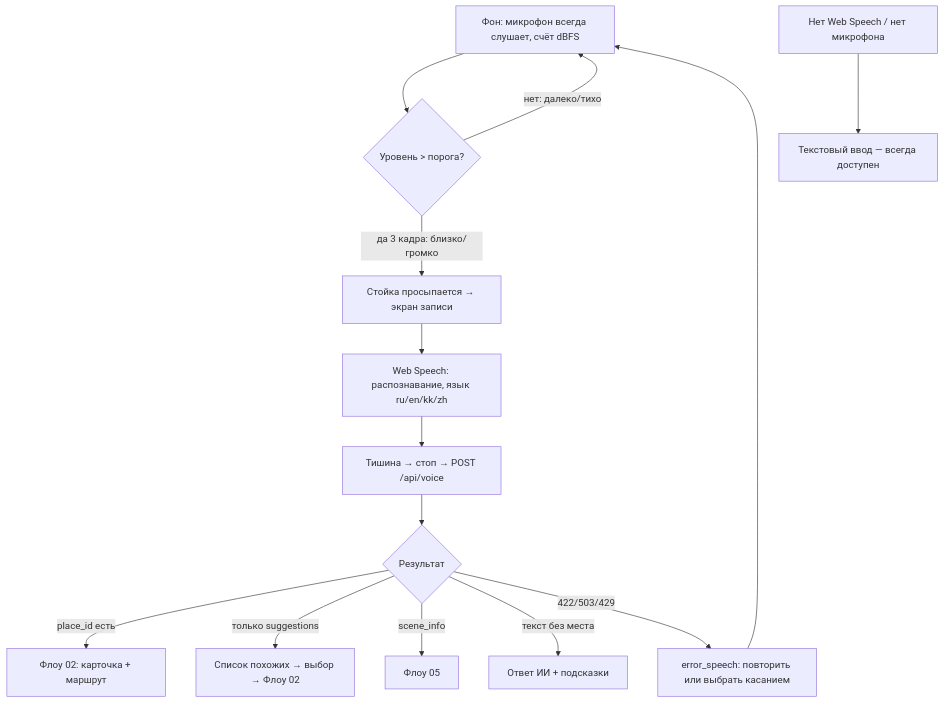
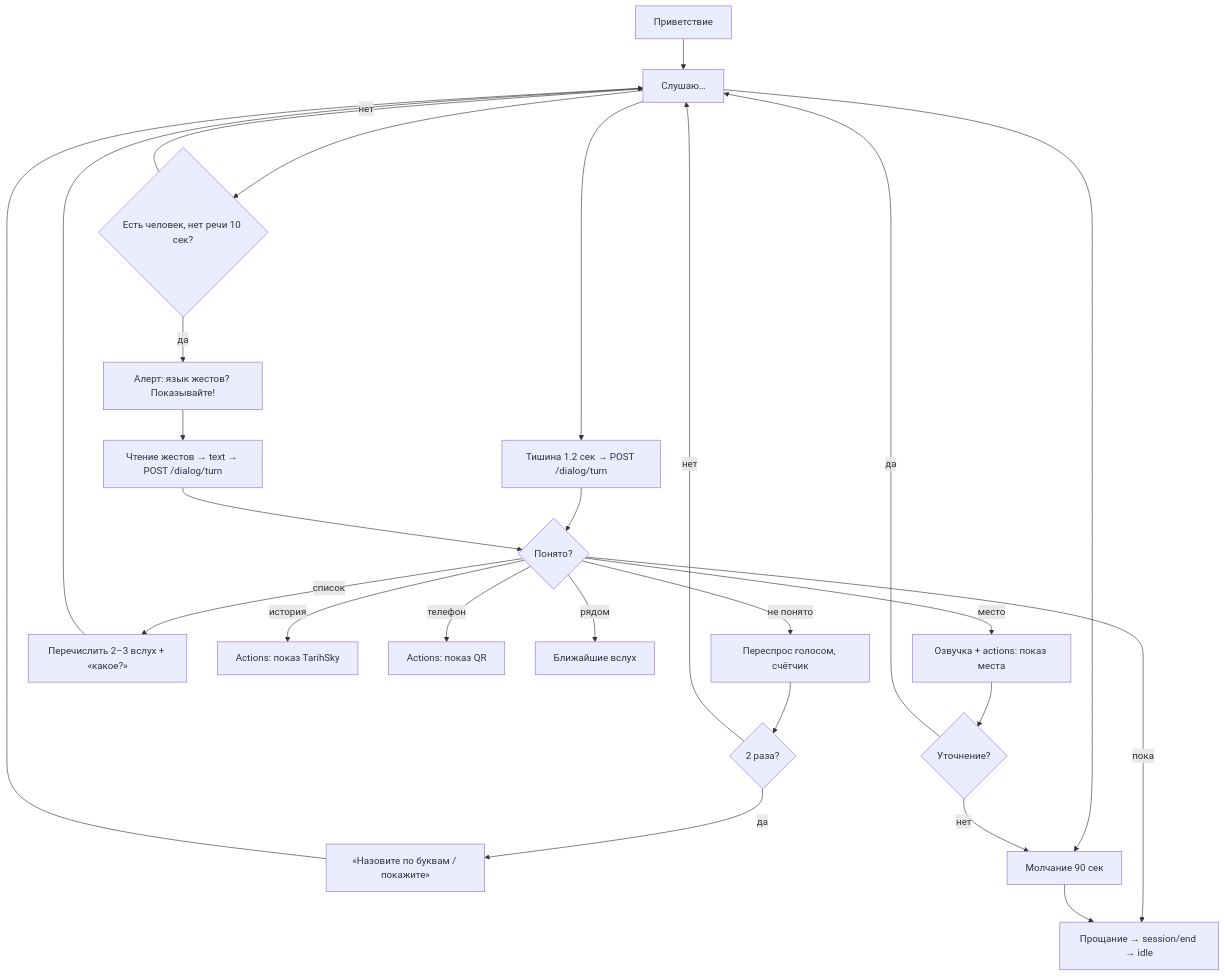
Before and after one commit to Dyman17/Arch: the diagram in docs/flows/04-voice.md, drawn with Mermaid. The commit also changed other lines of this file and 10 other files, not shown here.

Commit message:
docs: voice-only concept, main flow with steps thresholds, precise backend contract

````diff
--- a/docs/flows/04-voice.md
+++ b/docs/flows/04-voice.md
@@ -9,16 +22,28 @@
 ```mermaid
 flowchart TD
-    A[Фон: микрофон всегда слушает, счёт dBFS] --> B{Уровень > порога?}
-    B -- нет: далеко/тихо --> A
-    B -- да 3 кадра: близко/громко --> C[Стойка просыпается → экран записи]
-    C --> D[Web Speech: распознавание, язык ru/en/kk/zh]
-    D --> E[Тишина → стоп → POST /api/voice]
-    E --> F{Результат}
-    F -- place_id есть --> G[Флоу 02: карточка + маршрут]
-    F -- только suggestions --> H[Список похожих → выбор → Флоу 02]
-    F -- scene_info --> I[Флоу 05]
-    F -- текст без места --> J[Ответ ИИ + подсказки]
-    F -- 422/503/429 --> K[error_speech: повторить или выбрать касанием]
-    K --> A
-    Z[Нет Web Speech / нет микрофона] --> Y[Текстовый ввод — всегда доступен]
+    A[Приветствие] --> B[Слушаю…]
+    B --> C[Тишина 1.2 сек → POST /dialog/turn]
+    C --> D{Понято?}
+    D -- место --> E[Озвучка + actions: показ места]
+    D -- список --> F[Перечислить 2–3 вслух + «какое?»]
+    F --> B
+    D -- история --> G[Actions: показ TarihSky]
+    D -- телефон --> H[Actions: показ QR]
+    D -- рядом --> J[Ближайшие вслух]
+    D -- пока --> K[Прощание → session/end → idle]
+    D -- не понято --> L[Переспрос голосом, счётчик]
+    L --> M{2 раза?}
+    M -- нет --> B
+    M -- да --> N[«Назовите по буквам / покажите»]
+    N --> B
+    B --> O[Молчание 90 сек]
+    O --> K
+    E --> P{Уточнение?}
+    P -- да --> B
+    P -- нет --> O
+    B --> S{Есть человек, нет речи 10 сек?}
+    S -- да --> T[Алерт: язык жестов? Показывайте!]
+    T --> U[Чтение жестов → text → POST /dialog/turn]
+    U --> D
+    S -- нет --> B
 ```
````
